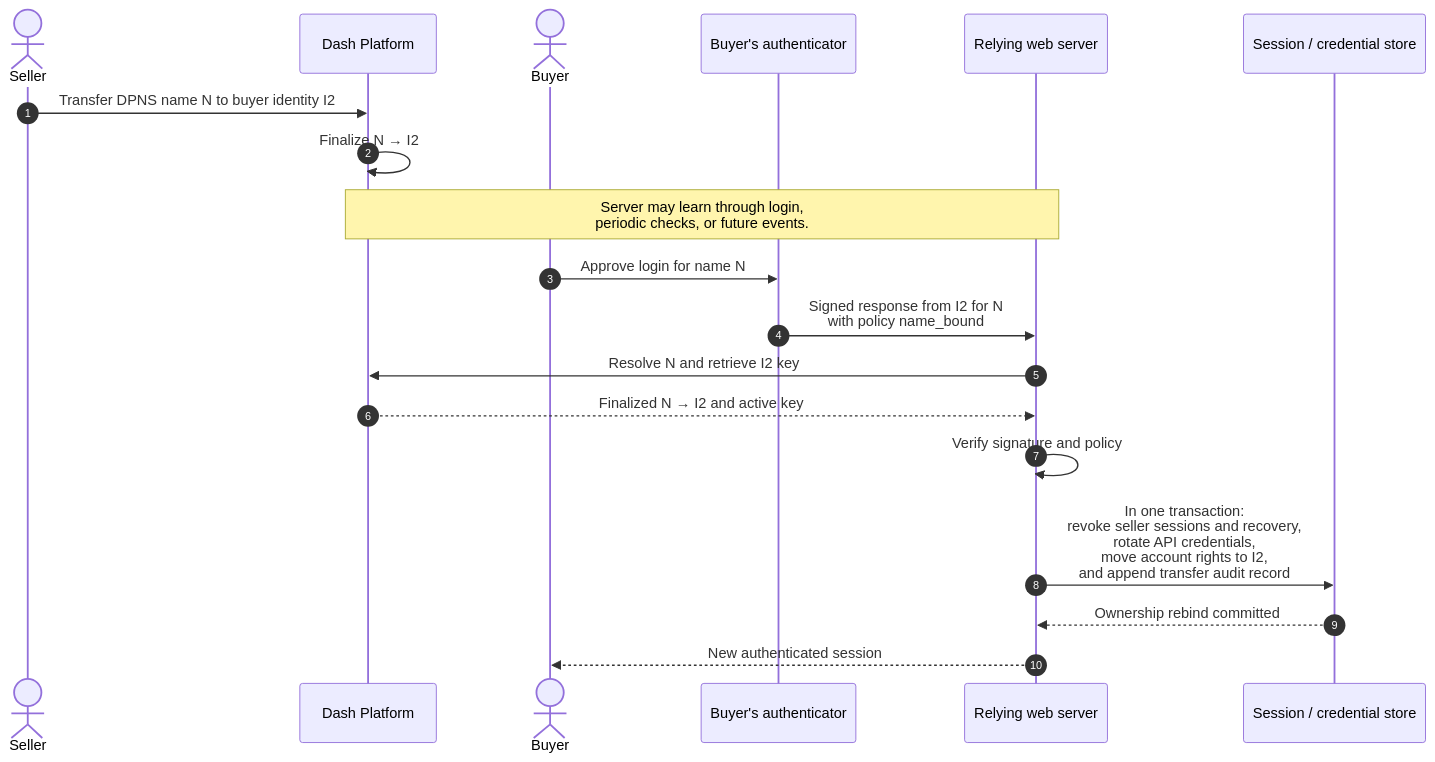
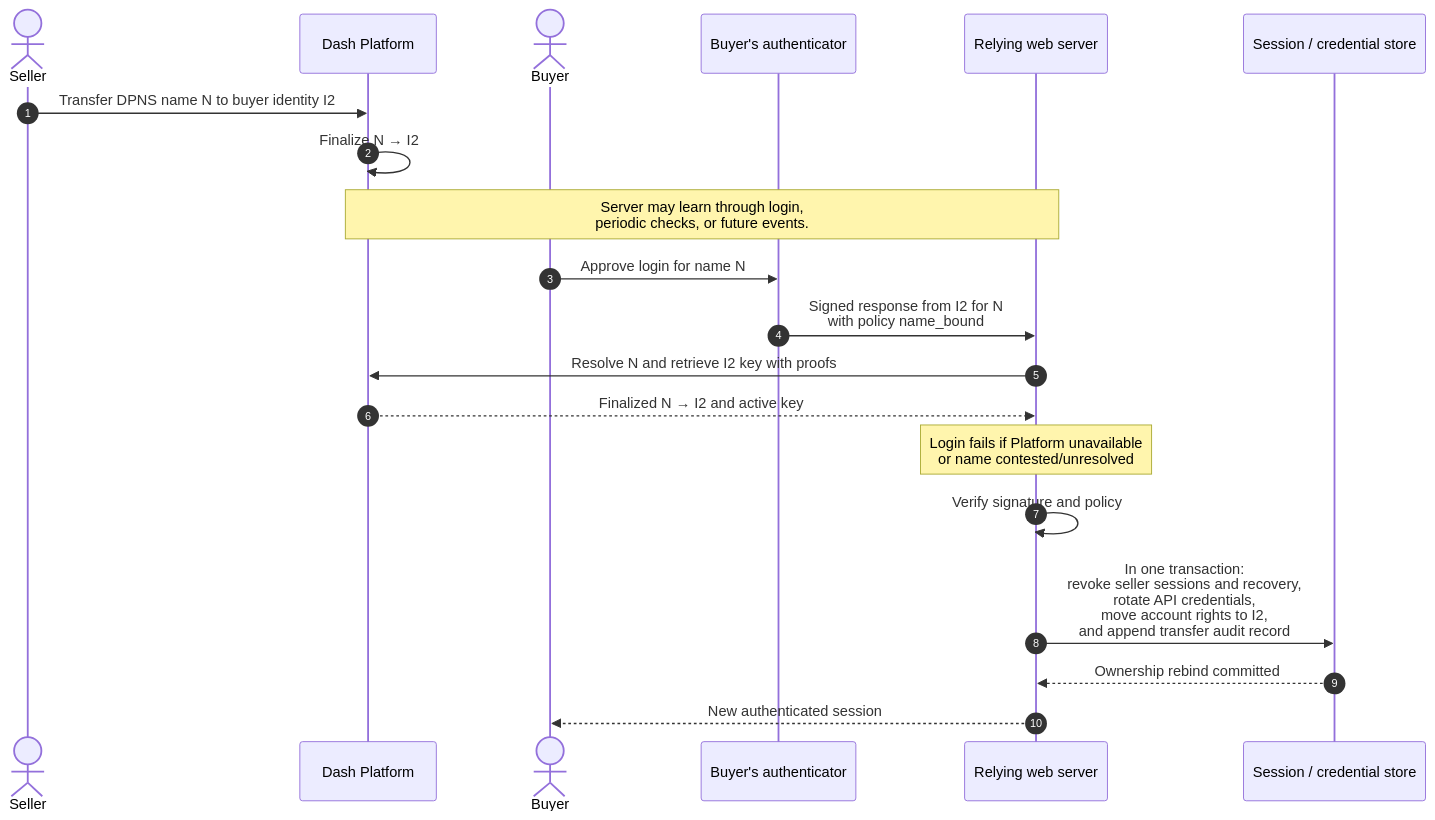
One commit to rhelwig/SignInWithDash changed the seventh of 7 diagrams in docs/FLOWS.md. Above: the diagram before and after it, drawn with Mermaid. The commit also changed other lines of this file and 71 other files, not shown here.

````diff
--- a/docs/FLOWS.md
+++ b/docs/FLOWS.md
@@ -250,23 +288,24 @@
 ```mermaid
 sequenceDiagram
     autonumber
     actor Seller
     participant Platform as Dash Platform
     actor Buyer
     participant Auth as Buyer's authenticator
     participant Server as Relying web server
     participant Sessions as Session / credential store
 
     Seller->>Platform: Transfer DPNS name N to buyer identity I2
     Platform->>Platform: Finalize N → I2
     Note over Server,Platform: Server may learn through login,<br/>periodic checks, or future events.
 
     Buyer->>Auth: Approve login for name N
     Auth->>Server: Signed response from I2 for N<br/>with policy name_bound
-    Server->>Platform: Resolve N and retrieve I2 key
+    Server->>Platform: Resolve N and retrieve I2 key with proofs
     Platform-->>Server: Finalized N → I2 and active key
+    Note over Server: Login fails if Platform unavailable<br/>or name contested/unresolved
     Server->>Server: Verify signature and policy
     Server->>Sessions: In one transaction:<br/>revoke seller sessions and recovery,<br/>rotate API credentials,<br/>move account rights to I2,<br/>and append transfer audit record
     Sessions-->>Server: Ownership rebind committed
     Server-->>Buyer: New authenticated session
 ```
````
